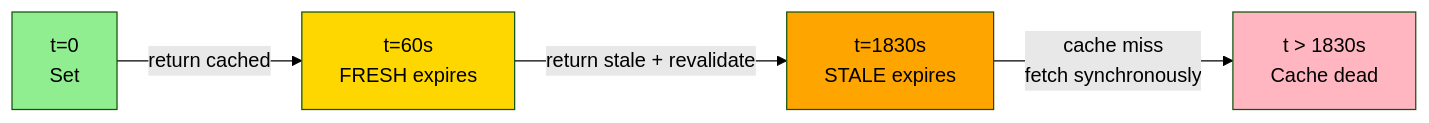
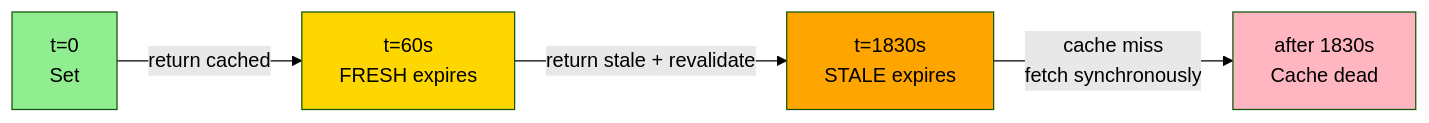
The eighth of 13 diagrams in LLD/CoreConcepts/Redis.md (cartmancodes/InterviewVault), drawn with Mermaid (forest theme) before and after one commit. The commit also changed other lines of this file, not shown here.

First line of the commit message:
Fix mermaid diagram rendering issues in Redis.md

````diff
--- a/LLD/CoreConcepts/Redis.md
+++ b/LLD/CoreConcepts/Redis.md
@@ -412,16 +412,16 @@
 ```mermaid
 graph LR
-    T0[t=0<br/>Set]
-    T1[t=60s<br/>FRESH expires]
-    T2[t=1830s<br/>STALE expires]
-    T3[t > 1830s<br/>Cache dead]
+    T0["t=0<br/>Set"]
+    T1["t=60s<br/>FRESH expires"]
+    T2["t=1830s<br/>STALE expires"]
+    T3["after 1830s<br/>Cache dead"]
 
     T0 -->|return cached| T1
     T1 -->|return stale + revalidate| T2
     T2 -->|cache miss<br/>fetch synchronously| T3
 
     style T0 fill:#90EE90
     style T1 fill:#FFD700
     style T2 fill:#FFA500
     style T3 fill:#FFB6C1
 ```
````
